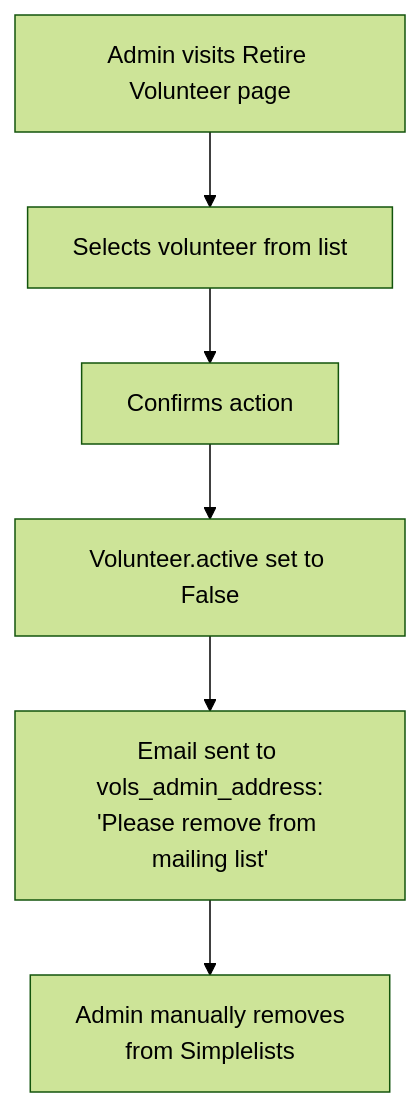
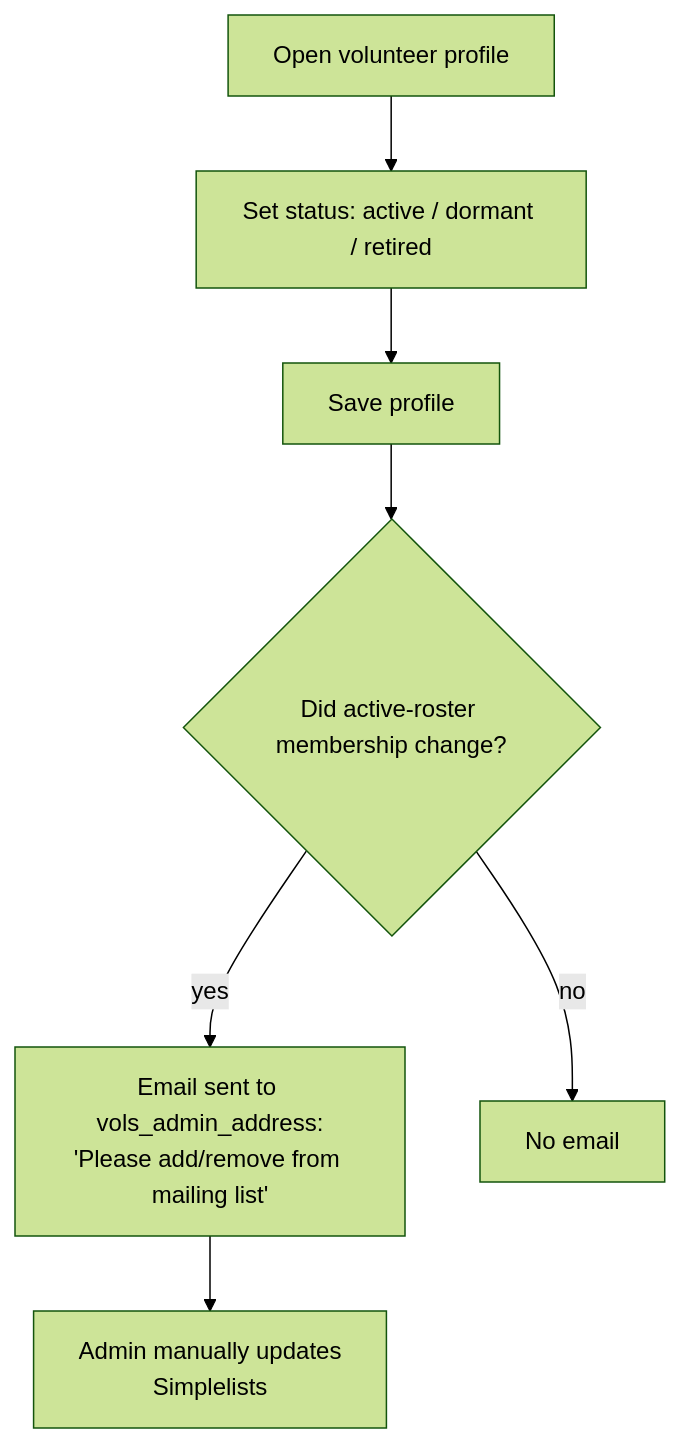
Before and after one commit to jdkram/cubetoolkit: the fourth of 8 diagrams in docs/SPEC.md, drawn with Mermaid (forest theme). The commit also changed other lines of this file and 38 other files, not shown here.

````diff
--- a/docs/SPEC.md
+++ b/docs/SPEC.md
@@ -335,8 +339,9 @@
 ```mermaid
 flowchart TD
-    A[Admin visits Retire Volunteer page] --> B[Selects volunteer from list]
-    B --> C[Confirms action]
-    C --> D[Volunteer.active set to False]
-    D --> E[Email sent to vols_admin_address:\n'Please remove from mailing list']
-    E --> F[Admin manually removes\nfrom Simplelists]
+    A[Open volunteer profile] --> B[Set status: active / dormant / retired]
+    B --> C[Save profile]
+    C --> D{Did active-roster membership change?}
+    D -- yes --> E[Email sent to vols_admin_address:\n'Please add/remove from mailing list']
+    E --> F[Admin manually updates\nSimplelists]
+    D -- no --> G[No email]
 ```
````
